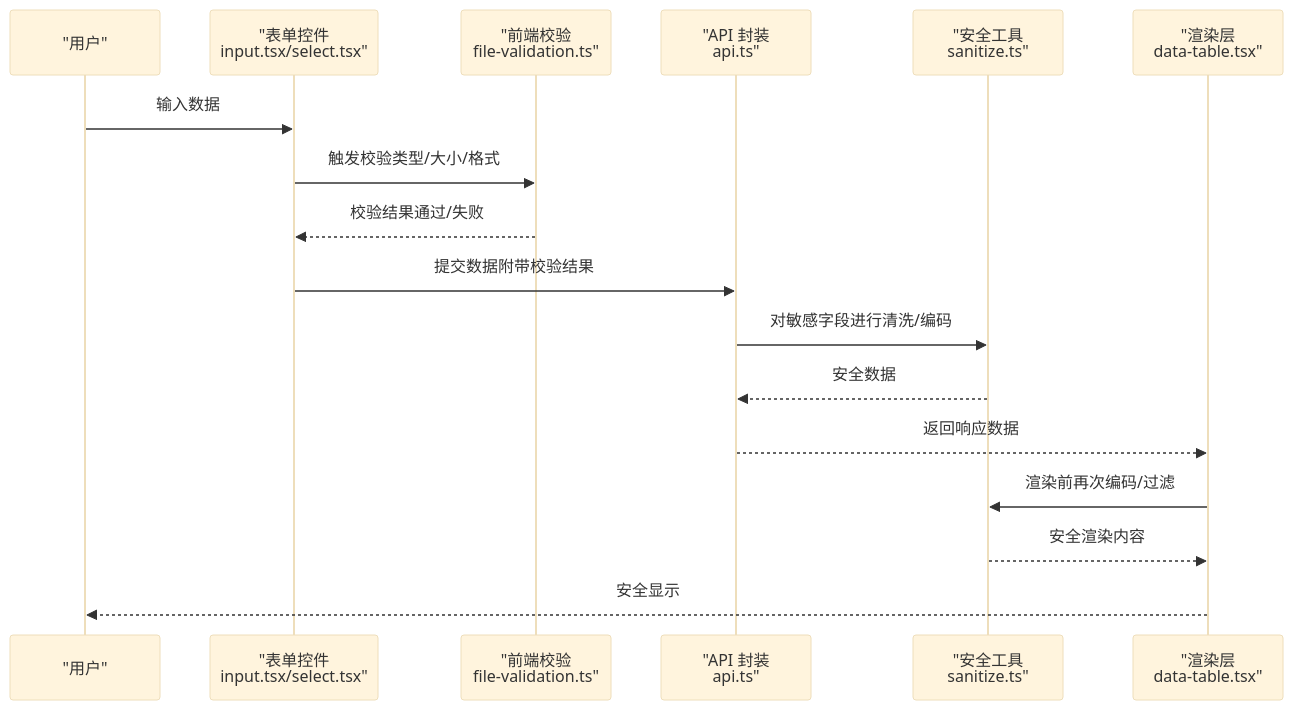
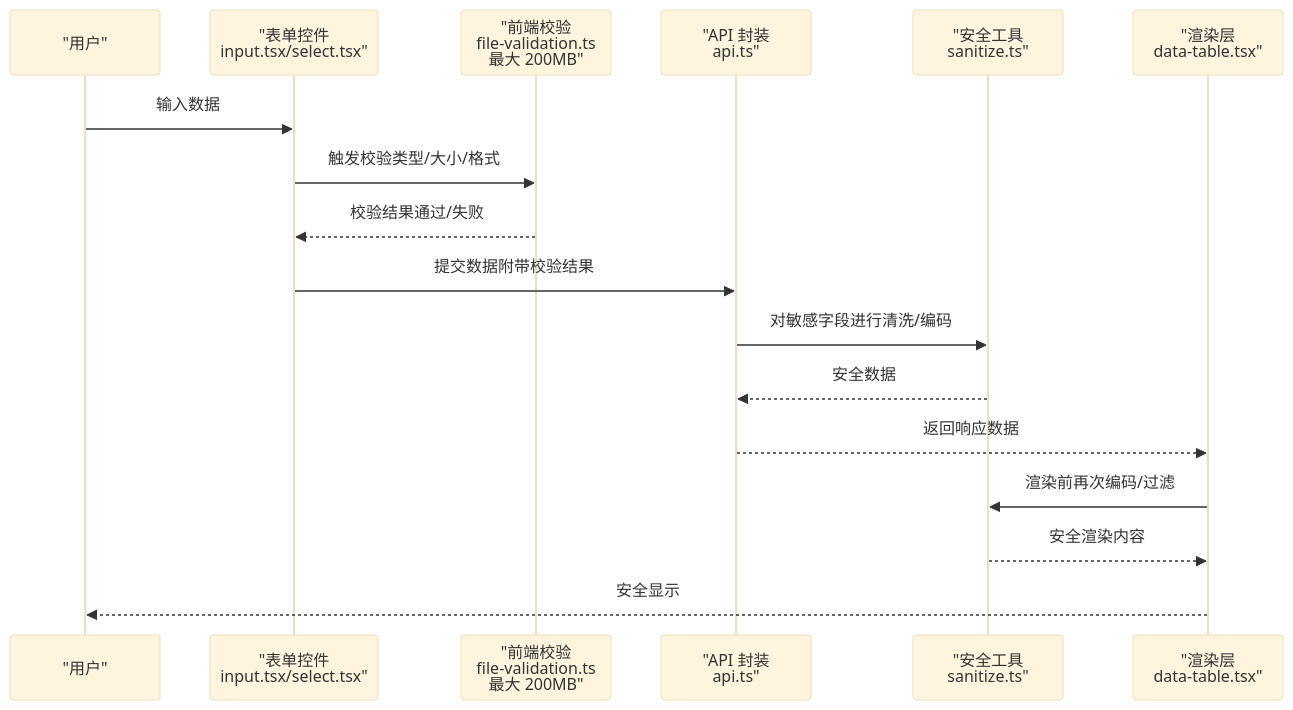
One commit to Damao997/newproject changed the second of 8 diagrams in .qoder/repowiki/zh/content/安全指南/输入验证与输出编码.md. Above: the diagram before and after it, drawn with Mermaid (base theme). The commit also changed other lines of this file and 24 other files, not shown here.

````diff
--- a/.qoder/repowiki/zh/content/安全指南/输入验证与输出编码.md
+++ b/.qoder/repowiki/zh/content/安全指南/输入验证与输出编码.md
@@ -137,19 +144,19 @@
 ```mermaid
 sequenceDiagram
 participant U as "用户"
 participant UI as "表单控件<br/>input.tsx/select.tsx"
-participant V as "前端校验<br/>file-validation.ts"
+participant V as "前端校验<br/>file-validation.ts<br/>最大 200MB"
 participant API as "API 封装<br/>api.ts"
 participant S as "安全工具<br/>sanitize.ts"
 participant R as "渲染层<br/>data-table.tsx"
 U->>UI : 输入数据
 UI->>V : 触发校验类型/大小/格式
 V-->>UI : 校验结果通过/失败
 UI->>API : 提交数据附带校验结果
 API->>S : 对敏感字段进行清洗/编码
 S-->>API : 安全数据
 API-->>R : 返回响应数据
 R->>S : 渲染前再次编码/过滤
 S-->>R : 安全渲染内容
 R-->>U : 安全显示
 ```
````
